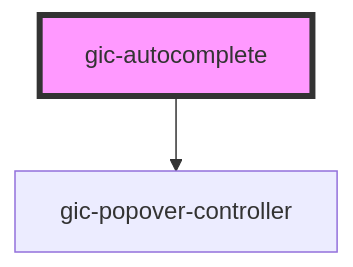
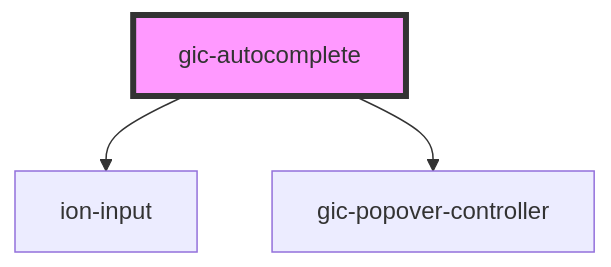
Before and after one commit to gnucoop/gic: the diagram in core/src/components/autocomplete/readme.md, drawn with Mermaid. The commit also changed other lines of this file and 74 other files, not shown here.

````diff
--- a/core/src/components/autocomplete/readme.md
+++ b/core/src/components/autocomplete/readme.md
@@ -25,5 +26,6 @@
 ```mermaid
 graph TD;
+  gic-autocomplete --> ion-input
   gic-autocomplete --> gic-popover-controller
   style gic-autocomplete fill:#f9f,stroke:#333,stroke-width:4px
 ```
````
